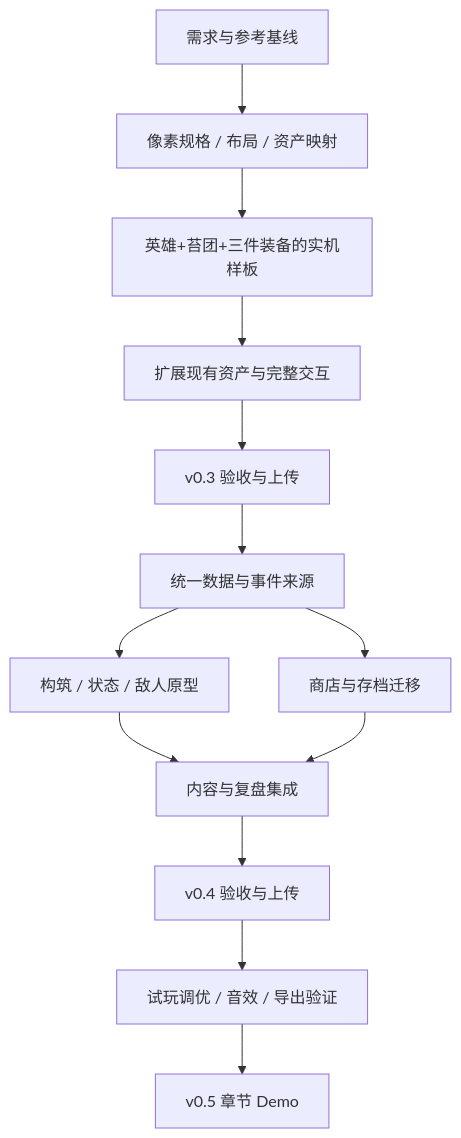
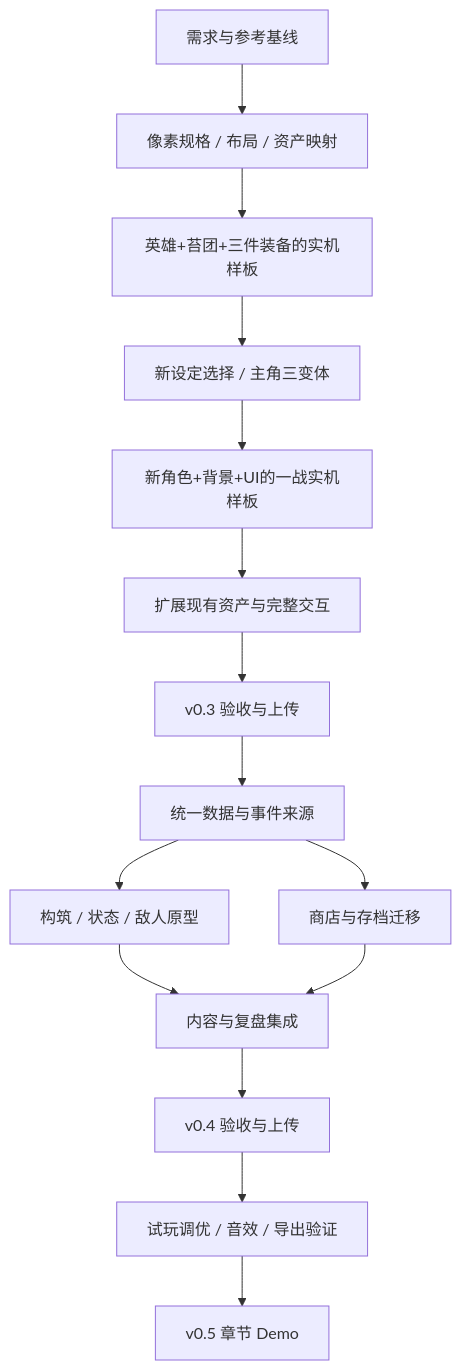
The diagram in docs/development-plan.md (zhanghang211202/godot-ai-agent-demo), drawn with Mermaid before and after one commit. The commit also changed other lines of this file and 21 other files, not shown here.

````diff
--- a/docs/development-plan.md
+++ b/docs/development-plan.md
@@ -18,15 +26,17 @@
 ```mermaid
 flowchart TD
     M0[需求与参考基线] --> A[像素规格 / 布局 / 资产映射]
     A --> B[英雄+苔团+三件装备的实机样板]
-    B --> C[扩展现有资产与完整交互]
+    B --> R0[新设定选择 / 主角三变体]
+    R0 --> R1[新角色+背景+UI的一战实机样板]
+    R1 --> C[扩展现有资产与完整交互]
     C --> D[v0.3 验收与上传]
     D --> E[统一数据与事件来源]
     E --> F[构筑 / 状态 / 敌人原型]
     E --> G[商店与存档迁移]
     F --> H[内容与复盘集成]
     G --> H
     H --> I[v0.4 验收与上传]
     I --> J[试玩调优 / 音效 / 导出验证]
     J --> K[v0.5 章节 Demo]
 ```
````
